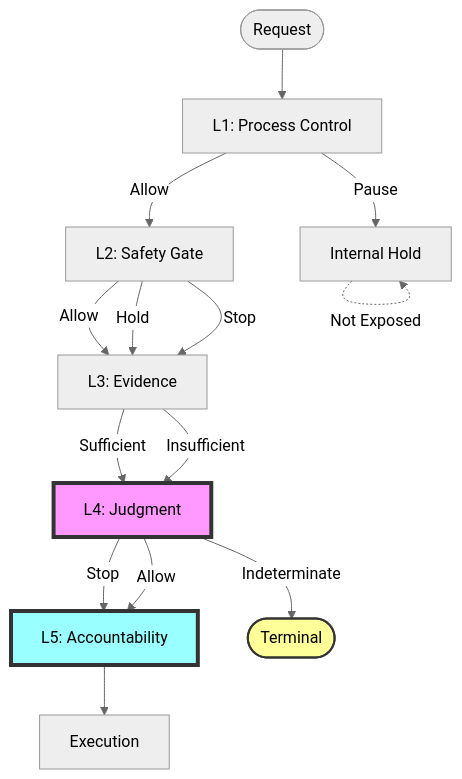
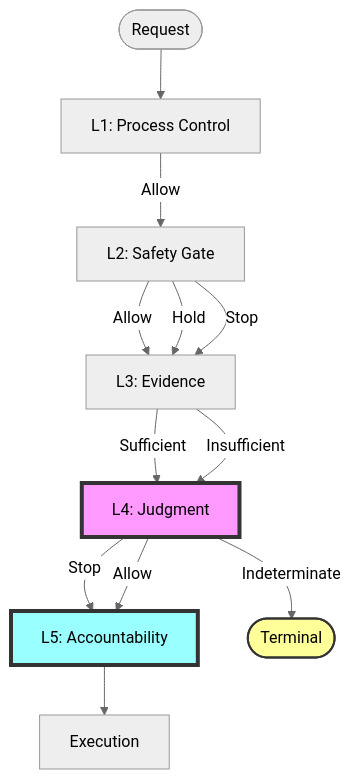
One commit to Nick-heo-eg/ajt-judgment-flow-demo changed the first of 6 diagrams in README.md. Above: the diagram before and after it, drawn with Mermaid (neutral theme).

Commit message:
fix: remove confusing Internal Hold loop from basic flow
CHANGE:
Removed Pause/Internal Hold self-loop from Basic Flow Diagram.

REASON:
- Basic flow should show core path only
- Self-loop was confusing (looked like infinite loop)
- Pause is internal state, shown in "External vs Internal" section

RESULT:
Clean flow: L1 → L2 → L3 → L4 → L5 → Execution
Indeterminate branches to Terminal.

🤖 Generated with [Claude Code](https://claude.com/claude-code)

````diff
--- a/README.md
+++ b/README.md
@@ -29,25 +29,23 @@
 ```mermaid
 graph TD
     Start([Request]) --> L1[L1: Process Control]
 
     L1 -->|Allow| L2[L2: Safety Gate]
-    L1 -->|Pause| L1_Hold[Internal Hold]
-    L1_Hold -.->|Not Exposed| L1_Hold
 
     L2 -->|Allow| L3[L3: Evidence]
     L2 -->|Hold| L3
     L2 -->|Stop| L3
 
     L3 -->|Sufficient| L4[L4: Judgment]
     L3 -->|Insufficient| L4
 
     L4 -->|Stop| L5[L5: Accountability]
     L4 -->|Allow| L5
     L4 -->|Indeterminate| End_Ind([Terminal])
 
     L5 --> Exec[Execution]
 
     style L4 fill:#f9f,stroke:#333,stroke-width:4px
     style L5 fill:#9ff,stroke:#333,stroke-width:4px
     style End_Ind fill:#ff9,stroke:#333,stroke-width:2px
 ```
````
